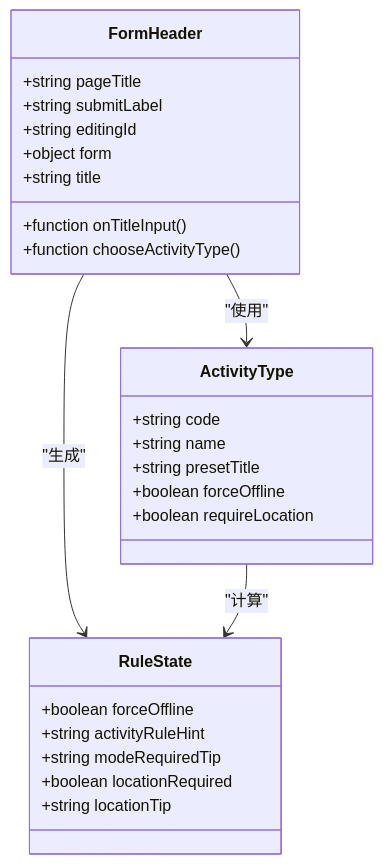
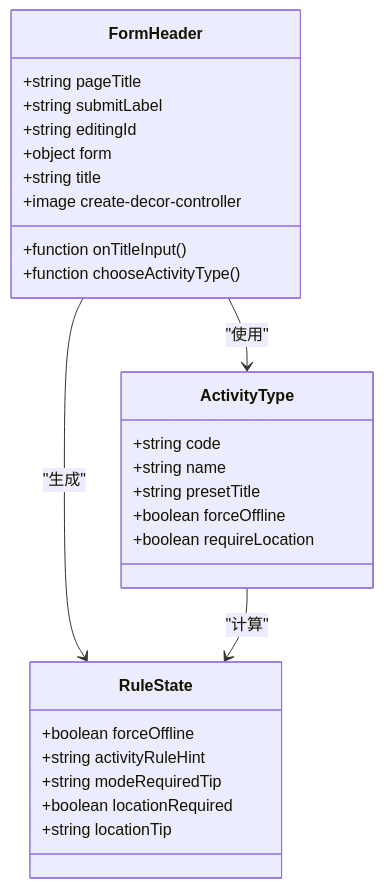
Before and after one commit to cwxiao/zugeju: the third of 9 diagrams in .qoder/repowiki/zh/content/前端开发/页面组件开发/活动创建页面开发.md, drawn with Mermaid. The commit also changed other lines of this file and 39 other files, not shown here.

First line of the commit message:
前端优化：压缩UI装饰图至38KB + 精简各页面冗余文案

````diff
--- a/.qoder/repowiki/zh/content/前端开发/页面组件开发/活动创建页面开发.md
+++ b/.qoder/repowiki/zh/content/前端开发/页面组件开发/活动创建页面开发.md
@@ -177,29 +203,30 @@
 ```mermaid
 classDiagram
 class FormHeader {
 +string pageTitle
 +string submitLabel
 +string editingId
 +object form
 +string title
 +function onTitleInput()
 +function chooseActivityType()
++image create-decor-controller
 }
 class ActivityType {
 +string code
 +string name
 +string presetTitle
 +boolean forceOffline
 +boolean requireLocation
 }
 class RuleState {
 +boolean forceOffline
 +string activityRuleHint
 +string modeRequiredTip
 +boolean locationRequired
 +string locationTip
 }
 FormHeader --> ActivityType : "使用"
 FormHeader --> RuleState : "生成"
 ActivityType --> RuleState : "计算"
 ```
````
